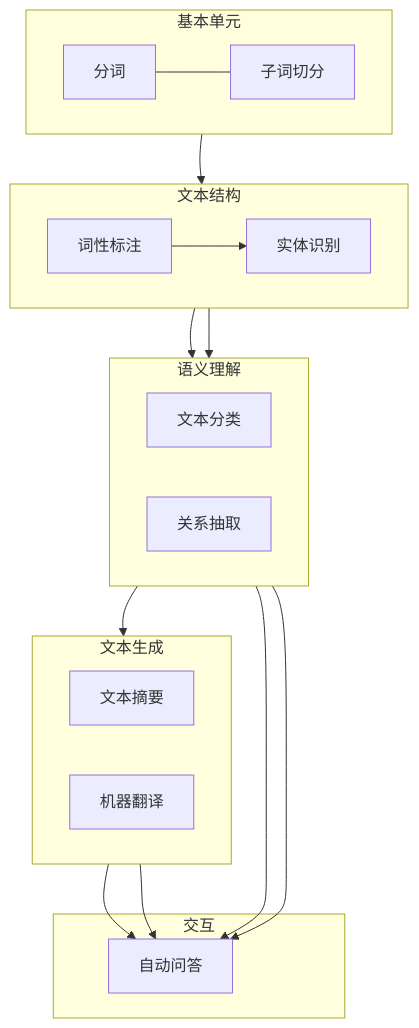
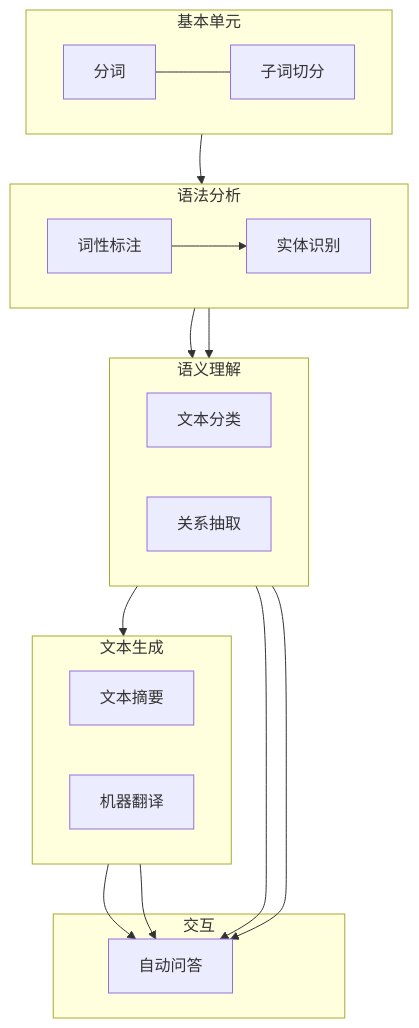
Before and after one commit to donggengmo-ad/Daily_Learning: the first of 2 diagrams in 机器学习自学/happy-llm/NLP概念.md, drawn with Mermaid. The commit also changed other lines of this file and 31 other files, not shown here.

````diff
--- a/机器学习自学/happy-llm/NLP概念.md
+++ b/机器学习自学/happy-llm/NLP概念.md
@@ -5,43 +5,43 @@
 ```mermaid
 flowchart TB
     subgraph L1["基本单元"]
         direction LR
         seg["分词"]
         subseg["子词切分"]
     end
 
-    subgraph L2["文本结构"]
+    subgraph L2["语法分析"]
         direction LR
         pos["词性标注"]
         ner["实体识别"]
     end
 
     subgraph L3["语义理解"]
         direction LR
         cls["文本分类"]
         re["关系抽取"]
     end
 
     subgraph L4["文本生成"]
         direction LR
         sum["文本摘要"]
         mt["机器翻译"]
     end
 
     subgraph L5["交互"]
         qa["自动问答"]
     end
 
     seg --> pos
     seg --- subseg
     pos --> ner
     pos --> cls
     ner --> re
     re --> qa
     cls --> sum
     cls --> qa
     sum --> qa
     mt --> qa
 
     L1 ~~~ L2 ~~~ L3 ~~~ L4 ~~~ L5
 ```
````
